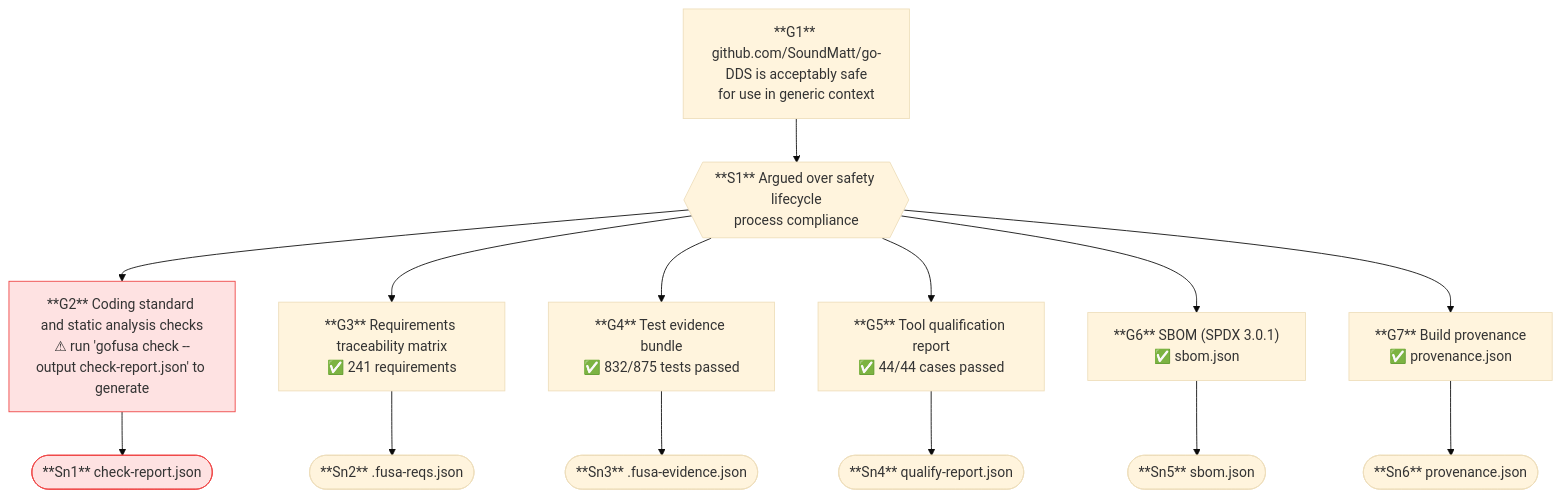
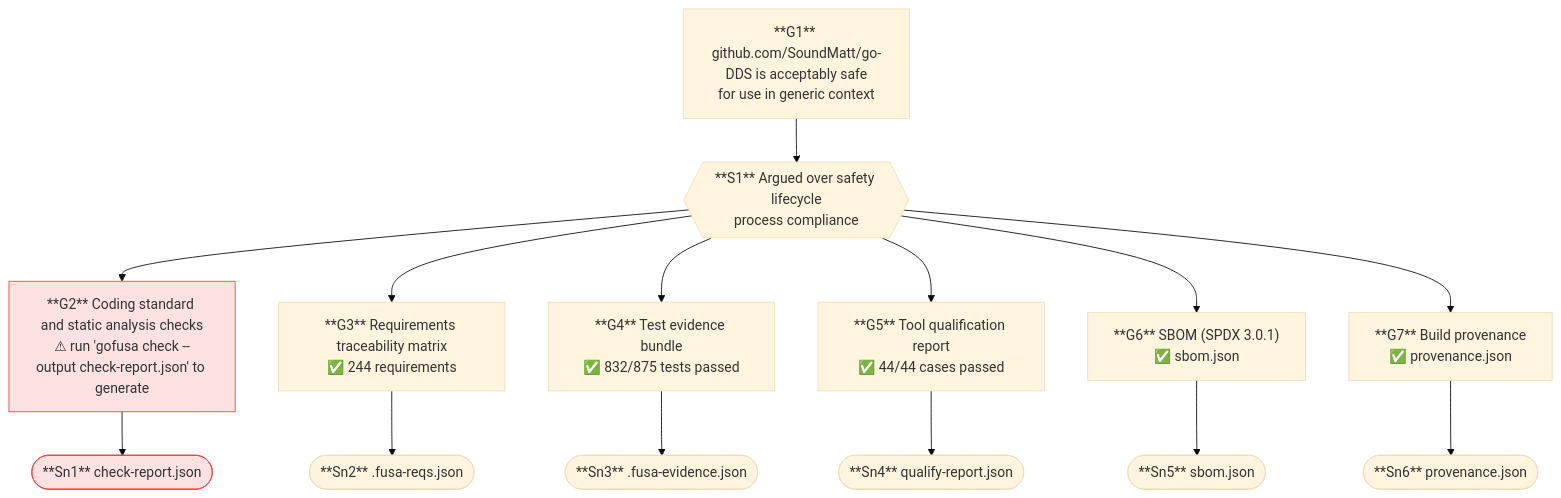
The diagram in safety-case.mermaid (SoundMatt/go-DDS), drawn with Mermaid (base theme) before and after one commit. The commit also changed 13 other files, not shown here.

```diff
--- a/safety-case.mermaid
+++ b/safety-case.mermaid
@@ -1,30 +1,30 @@
 flowchart TD
     G1["**G1** github.com/SoundMatt/go-DDS is acceptably safe\nfor use in generic context"]
     S1{{"**S1** Argued over safety lifecycle\nprocess compliance"}}
     G2["**G2** Coding standard and static analysis checks\n⚠ run 'gofusa check --output check-report.json' to generate"]
     Sn1(["**Sn1** check-report.json"])
-    G3["**G3** Requirements traceability matrix\n✅ 241 requirements"]
+    G3["**G3** Requirements traceability matrix\n✅ 244 requirements"]
     Sn2(["**Sn2** .fusa-reqs.json"])
     G4["**G4** Test evidence bundle\n✅ 832/875 tests passed"]
     Sn3(["**Sn3** .fusa-evidence.json"])
     G5["**G5** Tool qualification report\n✅ 44/44 cases passed"]
     Sn4(["**Sn4** qualify-report.json"])
     G6["**G6** SBOM (SPDX 3.0.1)\n✅ sbom.json"]
     Sn5(["**Sn5** sbom.json"])
     G7["**G7** Build provenance\n✅ provenance.json"]
     Sn6(["**Sn6** provenance.json"])
     G1 --> S1
     S1 --> G2
     S1 --> G3
     S1 --> G4
     S1 --> G5
     S1 --> G6
     S1 --> G7
     G2 --> Sn1
     G3 --> Sn2
     G4 --> Sn3
     G5 --> Sn4
     G6 --> Sn5
     G7 --> Sn6
     style G2 fill:#fee2e2,stroke:#ef4444
     style Sn1 fill:#fee2e2,stroke:#ef4444
```
